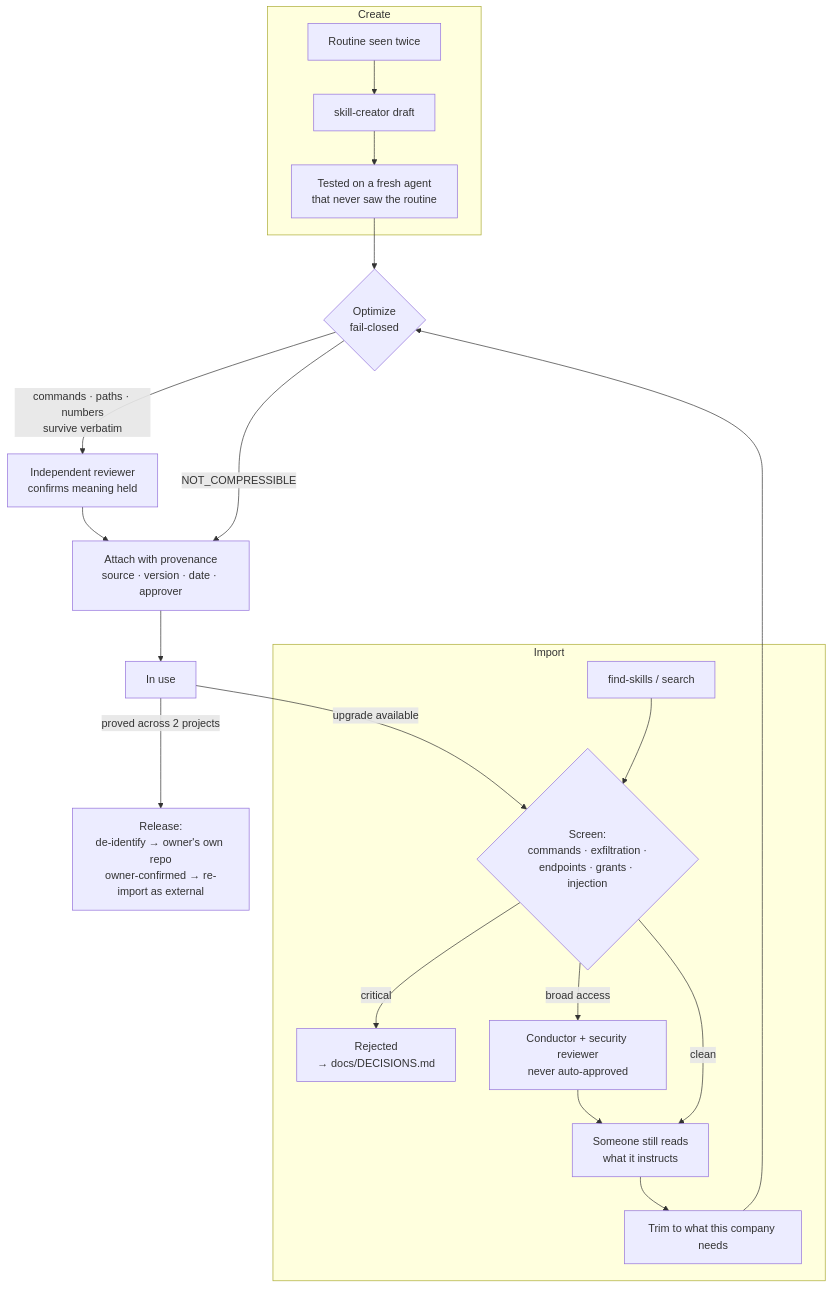
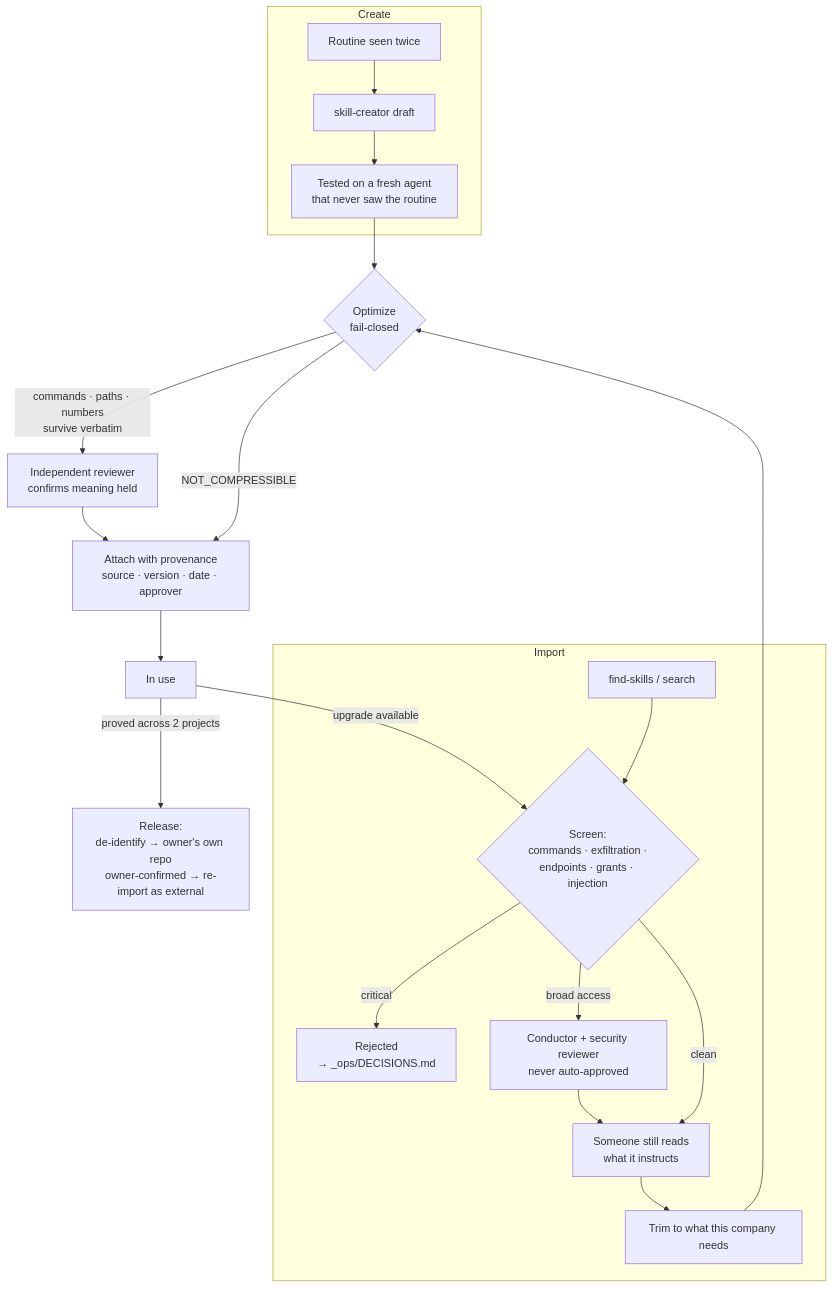
One commit to jamillazarev/multica-ops changed the ninth of 9 diagrams in WORKFLOW.md. Above: the diagram before and after it, drawn with Mermaid. The commit also changed other lines of this file and 108 other files, not shown here.

````diff
--- a/WORKFLOW.md
+++ b/WORKFLOW.md
@@ -185,23 +185,23 @@
 ```mermaid
 flowchart TD
     subgraph CREATE["Create"]
         R1["Routine seen twice"] --> DRAFT["skill-creator draft"]
         DRAFT --> TEST["Tested on a fresh agent<br/>that never saw the routine"]
     end
     subgraph IMPORT["Import"]
         FIND["find-skills / search"] --> SCAN{"Screen:<br/>commands · exfiltration ·<br/>endpoints · grants · injection"}
-        SCAN -->|critical| REJ["Rejected<br/>→ docs/DECISIONS.md"]
+        SCAN -->|critical| REJ["Rejected<br/>→ _ops/DECISIONS.md"]
         SCAN -->|broad access| HUM["Conductor + security reviewer<br/>never auto-approved"]
         SCAN -->|clean| READ["Someone still reads<br/>what it instructs"]
         HUM --> READ
         READ --> TRIM["Trim to what this company needs"]
     end
     TEST --> OPT
     TRIM --> OPT{"Optimize<br/>fail-closed"}
     OPT -->|"commands · paths · numbers<br/>survive verbatim"| REV["Independent reviewer<br/>confirms meaning held"]
     OPT -->|NOT_COMPRESSIBLE| ATT
     REV --> ATT["Attach with provenance<br/>source · version · date · approver"]
     ATT --> USE["In use"]
     USE -->|"upgrade available"| SCAN
     USE -->|"proved across 2 projects"| REL["Release:<br/>de-identify → owner's own repo<br/>owner-confirmed → re-import as external"]
 ```
````
